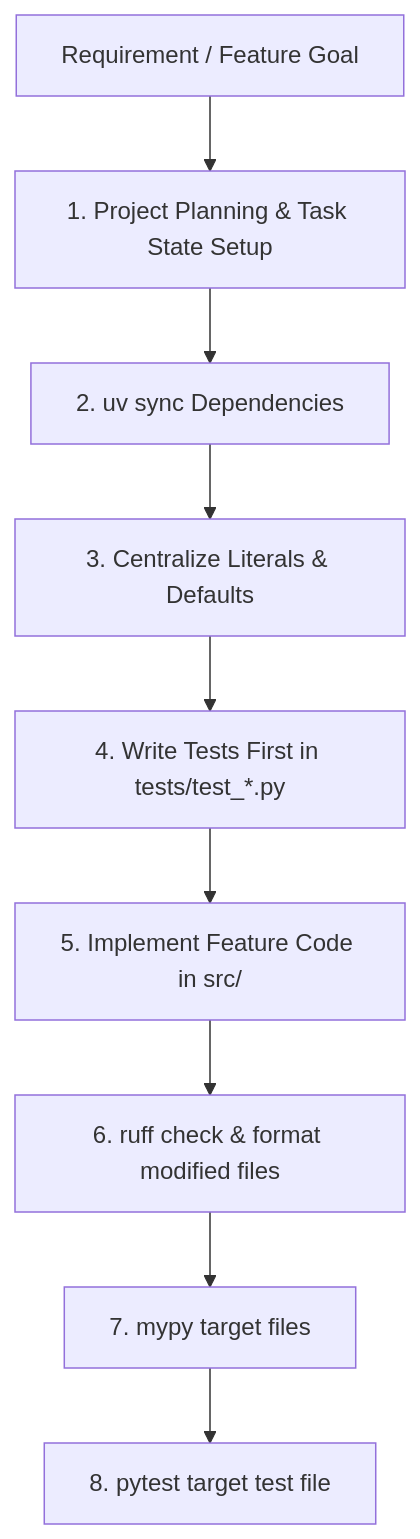
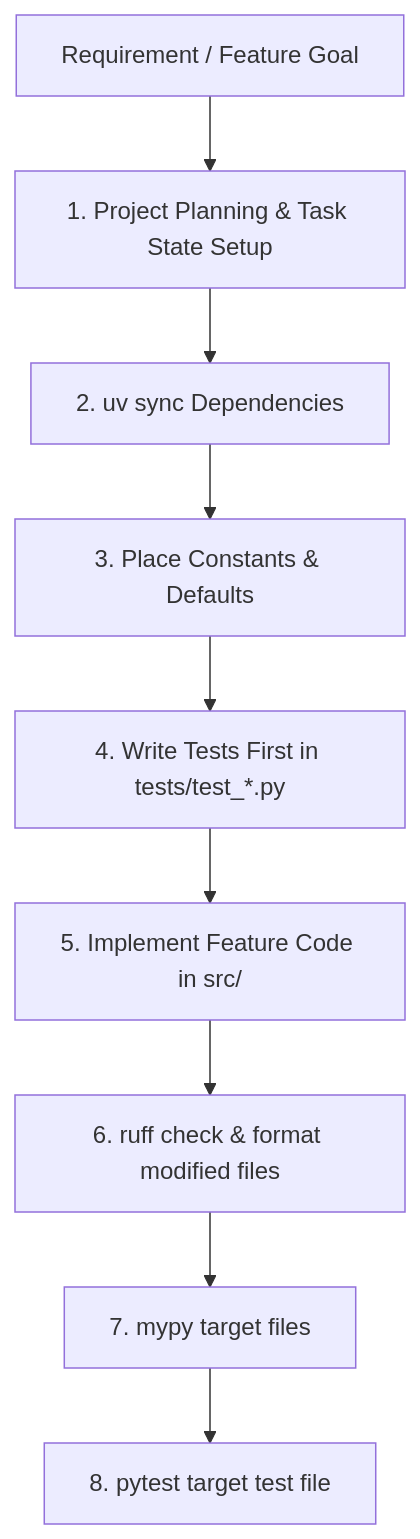
The first of 2 diagrams in docs/ROUTINE_TASKS.md (dan-petty/devops-cli), drawn with Mermaid before and after one commit. The commit also changed other lines of this file and 5 other files, not shown here.

````diff
--- a/docs/ROUTINE_TASKS.md
+++ b/docs/ROUTINE_TASKS.md
@@ -67,11 +67,11 @@
 ```mermaid
 flowchart TD
     A[Requirement / Feature Goal] --> B[1. Project Planning & Task State Setup]
     B --> C[2. uv sync Dependencies]
-    C --> D[3. Centralize Literals & Defaults]
+    C --> D[3. Place Constants & Defaults]
     D --> E[4. Write Tests First in tests/test_*.py]
     E --> F[5. Implement Feature Code in src/]
     F --> G[6. ruff check & format modified files]
     G --> H[7. mypy target files]
     H --> I[8. pytest target test file]
 ```
````
